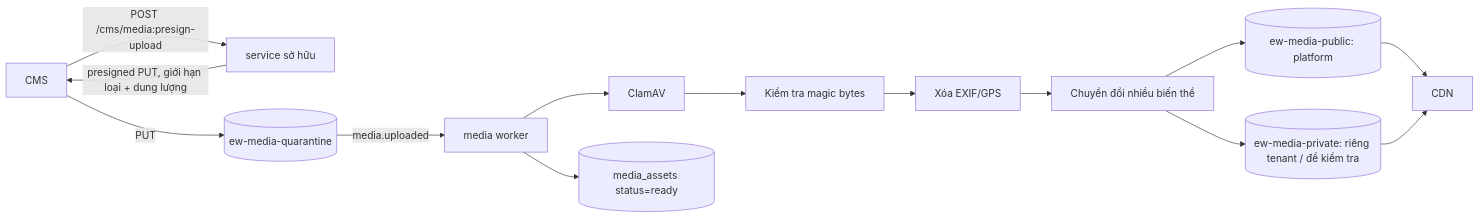
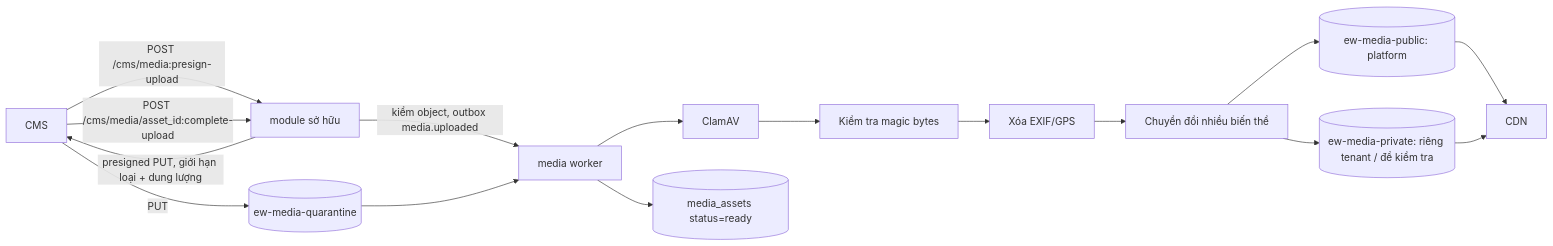
One commit to tanguyen2020/eduworld-platform changed the fourth of 4 diagrams in docs/02-learning/CONTENT_MODEL.md. Above: the diagram before and after it, drawn with Mermaid. The commit also changed other lines of this file and 922 other files, not shown here.

````diff
--- a/docs/02-learning/CONTENT_MODEL.md
+++ b/docs/02-learning/CONTENT_MODEL.md
@@ -202,15 +204,17 @@
 ```mermaid
 flowchart LR
-  U[CMS] -->|POST /cms/media:presign-upload| API[service sở hữu]
+  U[CMS] -->|POST /cms/media:presign-upload| API[module sở hữu]
   API -->|presigned PUT, giới hạn loại + dung lượng| U
   U -->|PUT| Q[(ew-media-quarantine)]
-  Q -->|media.uploaded| W[media worker]
+  U -->|POST /cms/media/asset_id:complete-upload| API
+  API -->|kiểm object, outbox media.uploaded| W[media worker]
+  Q --> W
   W --> AV[ClamAV]
   AV --> MB[Kiểm tra magic bytes]
   MB --> EX[Xóa EXIF/GPS]
   EX --> T[Chuyển đổi nhiều biến thể]
   T --> PUB[(ew-media-public: platform)]
   T --> PRI[(ew-media-private: riêng tenant / đề kiểm tra)]
   W --> DB[(media_assets status=ready)]
   PUB & PRI --> CDN[CDN]
 ```
````
